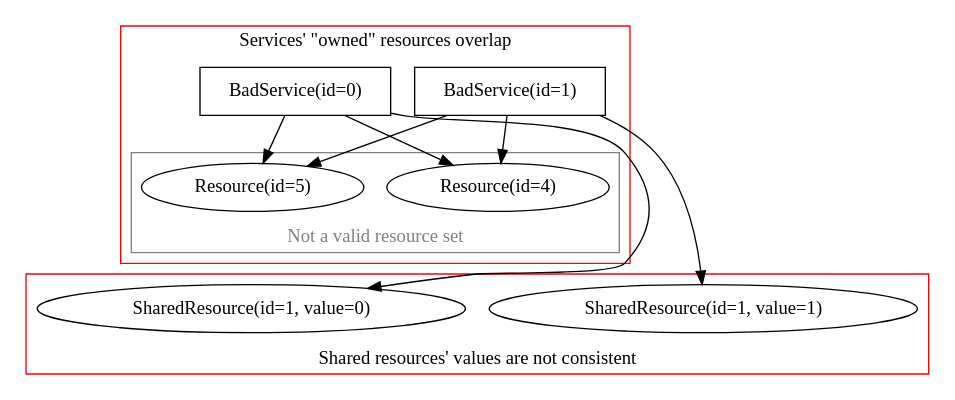
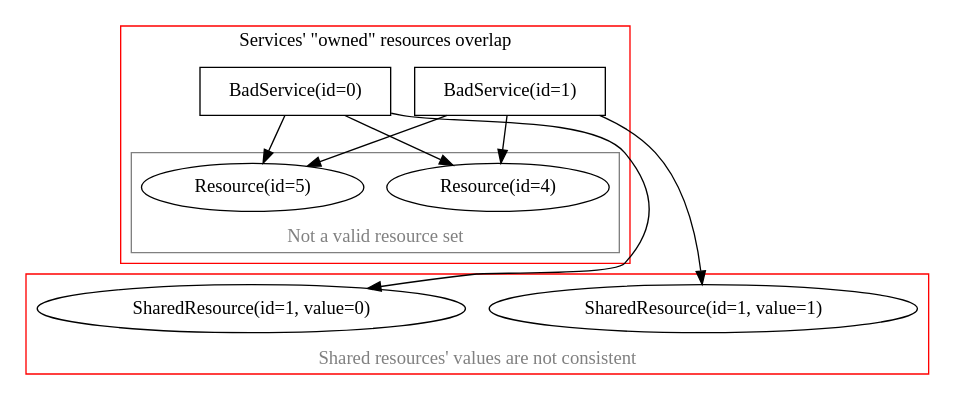
Before and after one commit to inmanta/inmanta-core: the second of 5 diagrams in docs/resource_sets.rst, drawn with Graphviz. The commit also changed other lines of this file, not shown here.

Commit message:
font color

```diff
--- a/docs/resource_sets.rst
+++ b/docs/resource_sets.rst
@@ -157,30 +158,31 @@
 .. digraph:: resource_sets_generic_bad
     :caption: A bad service for partial compiles.
 
     subgraph cluster_services_bad {
         "BadService(id=0)" [shape=rectangle];
         "BadService(id=1)" [shape=rectangle];
         { "BadService(id=0)", "BadService(id=1)" } -> subgraph cluster_resources_bad {
             "Resource(id=4)";
             "Resource(id=5)";
             color = "grey";
             fontcolor = "grey";
             label = "Not a valid resource set";
             labelloc = "bottom";
         }
         label = "Services' \"owned\" resources overlap";
         labelloc = "top";
         color = "red";
     }
     subgraph cluster_resources_bad_shared {
         "SharedResource(id=1, value=0)";
         "SharedResource(id=1, value=1)";
+        color = "red";
+        fontcolor="grey";
         label = "Shared resources' values are not consistent"
         labelloc = "bottom";
-        color = "red";
     }
     "BadService(id=0)" -> "SharedResource(id=1, value=0)";
     "BadService(id=1)" -> "SharedResource(id=1, value=1)";
 
     # force rendering on multiple ranks
     {"Resource(id=4)" "Resource(id=5)"} -> {"SharedResource(id=1, value=0)" "SharedResource(id=1, value=1)"} [style="invis"]
```
